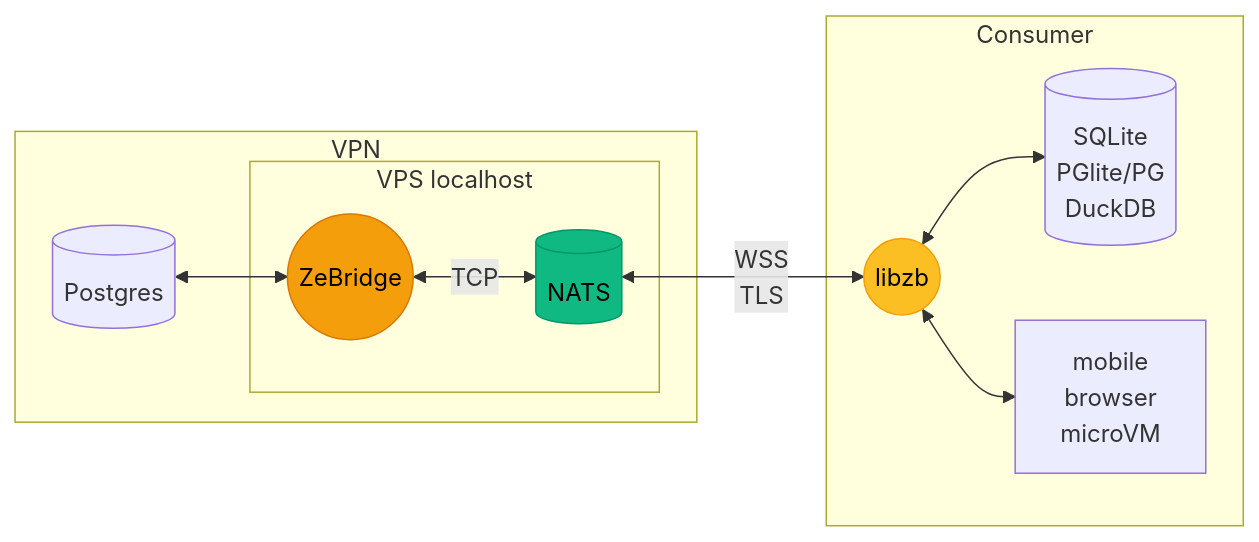
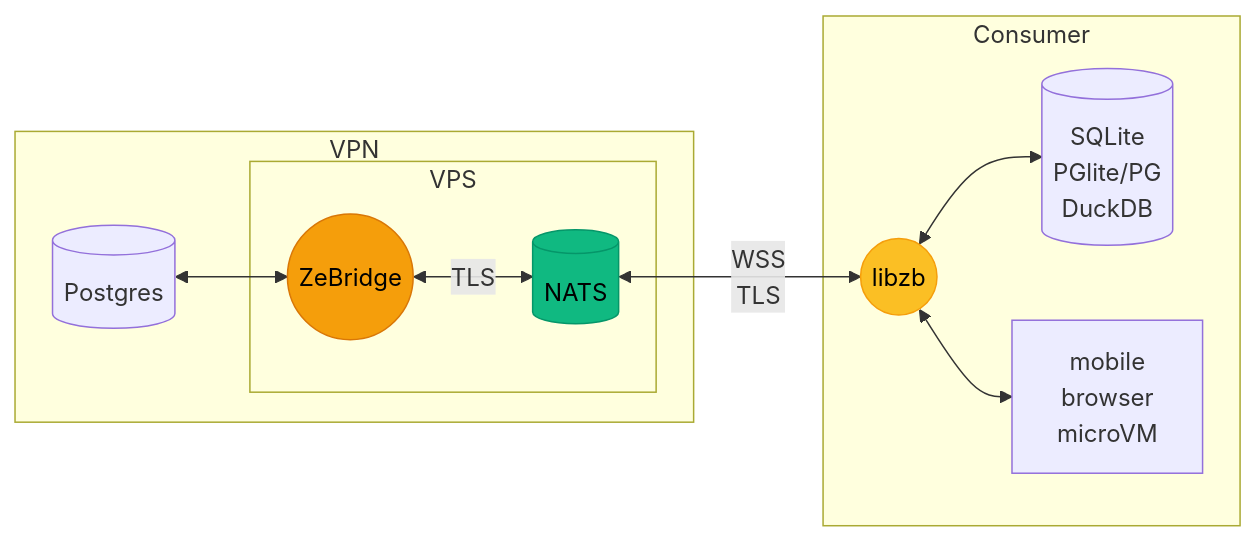
The first of 3 diagrams in README.md (ndrean/ZeBridge), drawn with Mermaid before and after one commit. The commit also changed other lines of this file and 133 other files, not shown here.

````diff
--- a/README.md
+++ b/README.md
@@ -11,28 +11,28 @@
 ```mermaid
 flowchart LR
      subgraph VPN["VPN"]
         PG[("Postgres")]
-        subgraph Localhost ["VPS localhost"]
+        subgraph Localhost ["VPS"]
             Bridge(("ZeBridge"))
             NATS[("NATS")]
         end
         PG <--> Bridge
-        Bridge <--> |TCP| NATS
+        Bridge <--> |TLS| NATS
     end
 
     NATS <--> |WSS <br> TLS| Lib
 
 
     subgraph Edge["Consumer"]
         Lib(("libzb"))
         SQL[("SQLite<br>PGlite/PG<br>DuckDB")]
         App["mobile<br>browser<br>microVM"]
         Lib <-->SQL
         Lib <-->App
 
     end
 
     style Bridge fill:#f59e0b,stroke:#d97706,color:#000
     style Lib fill:#fbbf24,stroke:#f59e0b,color:#000
     style NATS fill:#10b981,stroke:#059669,color:#000
 ```
````
